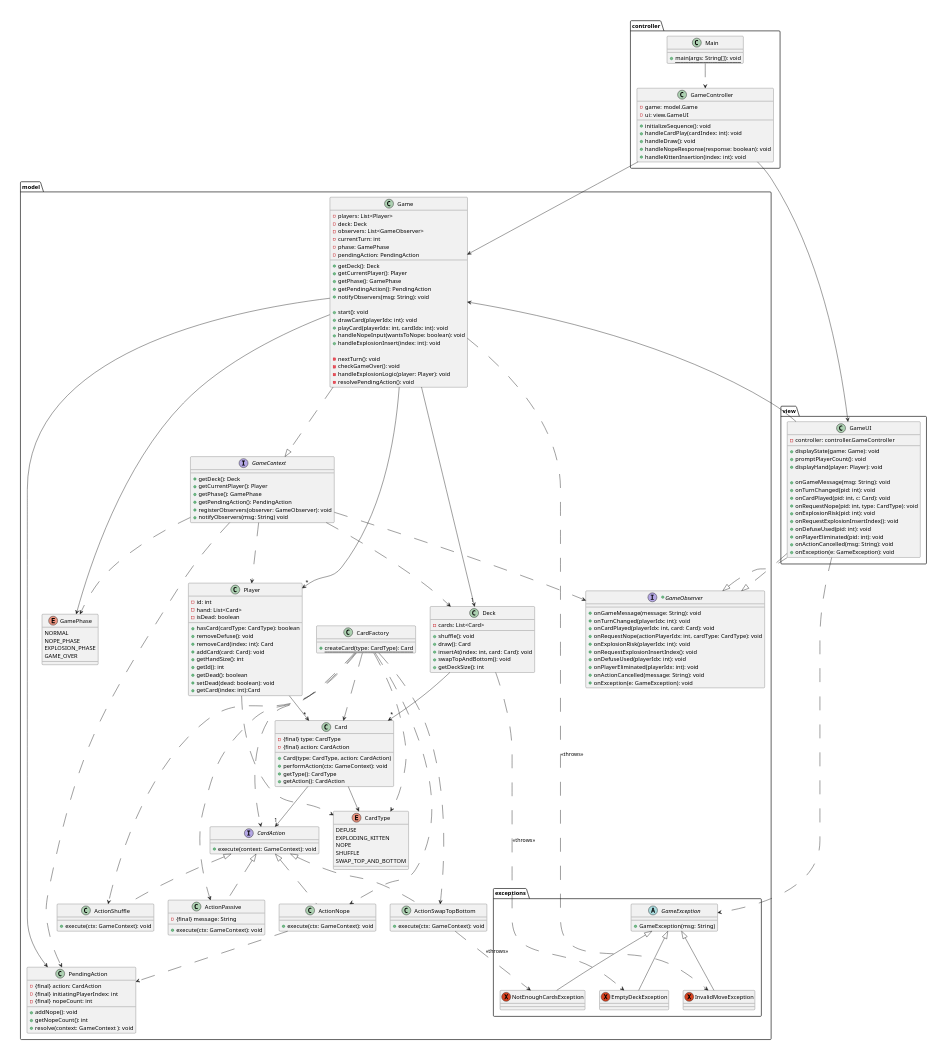
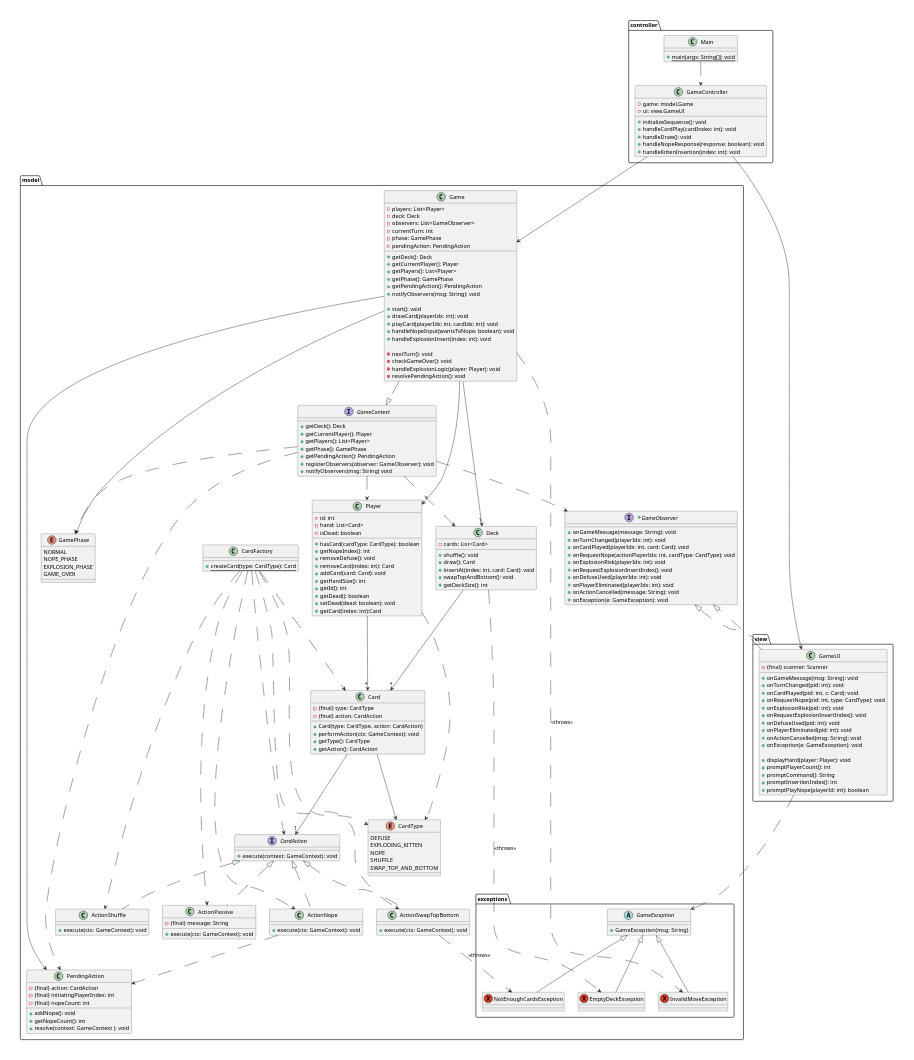
The diagram in docs/design/design.puml (nu-cs-sw-design/project-20252601-396_final), drawn with PlantUML before and after one commit. The commit also changed 1 other file, not shown here.

Commit message:
REFACTOR: refine class diagram for functionality

```diff
--- a/docs/design/design.puml
+++ b/docs/design/design.puml
@@ -17,6 +17,7 @@
     interface GameContext {
         +getDeck(): Deck
         +getCurrentPlayer(): Player
+        +getPlayers(): List<Player>
         +getPhase(): GamePhase
         +getPendingAction(): PendingAction
         +registerObservers(observer: GameObserver): void
@@ -60,6 +61,7 @@
 
         +getDeck(): Deck
         +getCurrentPlayer(): Player
+        +getPlayers(): List<Player>
         +getPhase(): GamePhase
         +getPendingAction(): PendingAction
         +notifyObservers(msg: String): void
@@ -81,6 +83,7 @@
         -hand: List<Card>
         -isDead: boolean
         +hasCard(cardType: CardType): boolean
+        +getNopeIndex(): int
         +removeDefuse(): void
         +removeCard(index: int): Card
         +addCard(card: Card): void
@@ -148,11 +151,7 @@
 
 package view {
     class GameUI implements model.GameObserver {
-        -controller: controller.GameController
-
-        +displayState(game: Game): void
-        +promptPlayerCount(): void
-        +displayHand(player: Player): void
+        -{final} scanner: Scanner
 
         +onGameMessage(msg: String): void
         +onTurnChanged(pid: int): void
@@ -164,6 +163,12 @@
         +onPlayerEliminated(pid: int): void
         +onActionCancelled(msg: String): void
         +onException(e: GameException): void
+
+        +displayHand(player: Player): void
+        +promptPlayerCount(): int
+        +promptCommand(): String
+        +promptInsertionIndex(): int
+        +promptPlayNope(playerId: int): boolean
     }
 }
 
@@ -189,7 +194,6 @@
 Main ..> GameController
 
 view.GameUI ..|> model.GameObserver
-view.GameUI --> model.Game
 
 model.Game --> "1" model.Deck
 model.Game --> "*" model.Player
```
